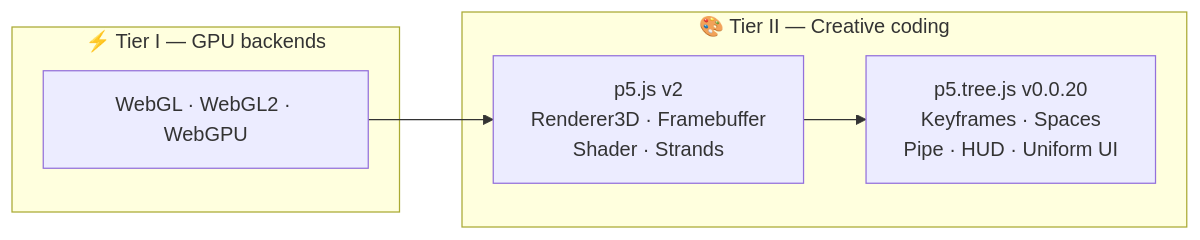
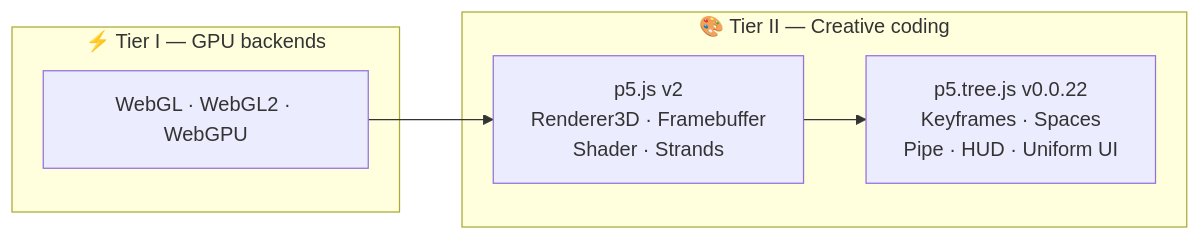
One commit to ABJ-d/tree changed the fourth of 8 diagrams in slides.md. Above: the diagram before and after it, drawn with Mermaid. The commit also changed other lines of this file and 2 other files, not shown here.

````diff
--- a/slides.md
+++ b/slides.md
@@ -121,17 +121,17 @@
 ```mermaid
 flowchart LR
   subgraph T1["⚡ Tier I — GPU backends"]
     A["WebGL · WebGL2 · WebGPU"]
   end
 
   subgraph T2["🎨 Tier II — Creative coding"]
     B["p5.js v2
     Renderer3D · Framebuffer
     Shader · Strands"]
-    C["p5.tree.js v0.0.20
+    C["p5.tree.js v0.0.22
     Keyframes · Spaces
     Pipe · HUD · Uniform UI"]
   end
 
   A --> B --> C
 ```
````
